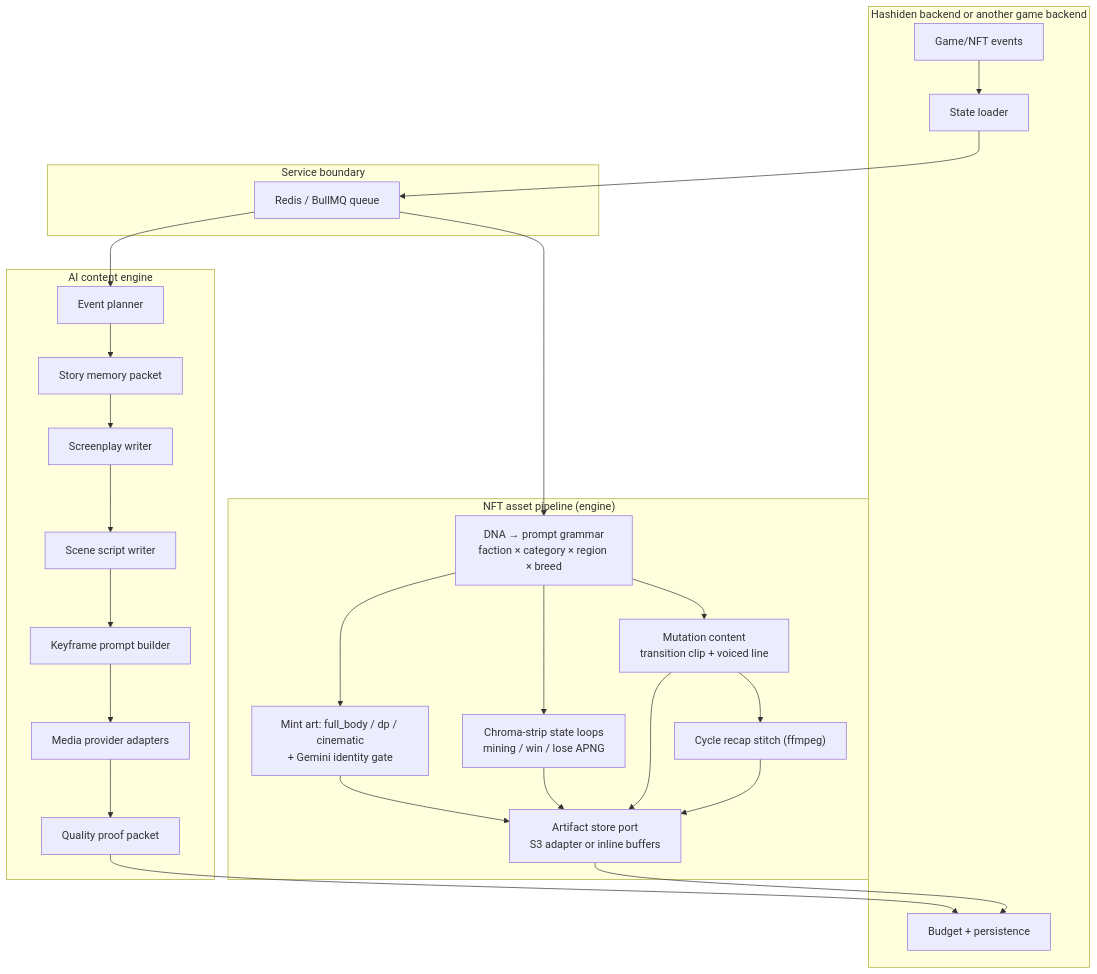
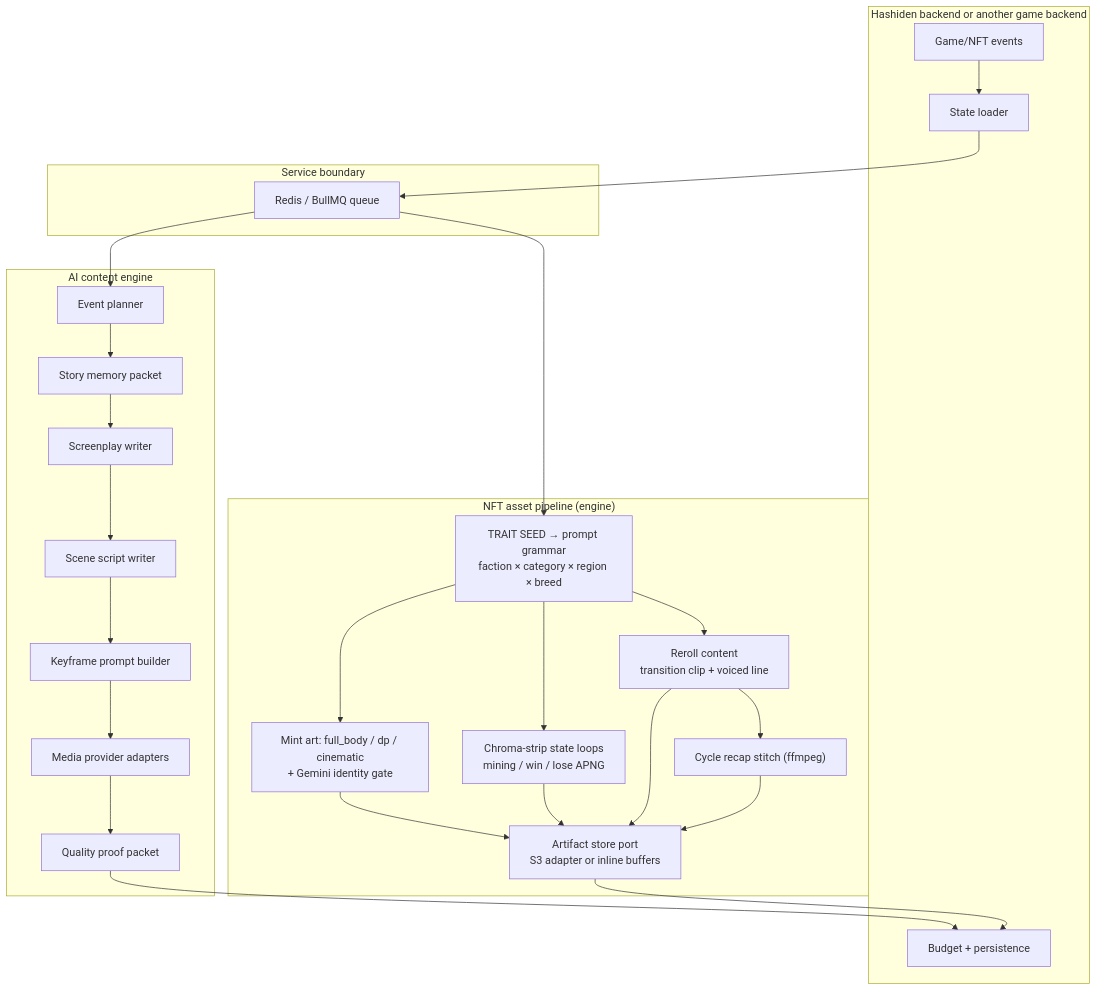
Before and after one commit to LifeOrDream/hashiden-content-engine: the diagram in docs/architecture.md, drawn with Mermaid. The commit also changed other lines of this file and 82 other files, not shown here.

````diff
--- a/docs/architecture.md
+++ b/docs/architecture.md
@@ -7,40 +7,40 @@
 ```mermaid
 flowchart TB
   subgraph Backend["Hashiden backend or another game backend"]
     A["Game/NFT events"]
     B["State loader"]
     C["Budget + persistence"]
   end
 
   subgraph Queue["Service boundary"]
     Q["Redis / BullMQ queue"]
   end
 
   subgraph Engine["AI content engine"]
     D["Event planner"]
     E["Story memory packet"]
     F["Screenplay writer"]
     G["Scene script writer"]
     H["Keyframe prompt builder"]
     I["Media provider adapters"]
     J["Quality proof packet"]
   end
 
   subgraph Nft["NFT asset pipeline (engine)"]
-    N1["DNA → prompt grammar<br/>faction × category × region × breed"]
+    N1["TRAIT SEED → prompt grammar<br/>faction × category × region × breed"]
     N2["Mint art: full_body / dp / cinematic<br/>+ Gemini identity gate"]
     N3["Chroma-strip state loops<br/>mining / win / lose APNG"]
-    N4["Mutation content<br/>transition clip + voiced line"]
+    N4["Reroll content<br/>transition clip + voiced line"]
     N5["Cycle recap stitch (ffmpeg)"]
     N6["Artifact store port<br/>S3 adapter or inline buffers"]
   end
 
   A --> B --> Q
   Q --> D --> E --> F --> G --> H --> I --> J
   J --> C
   Q --> N1 --> N2 --> N6
   N1 --> N3 --> N6
   N1 --> N4 --> N6
   N4 --> N5 --> N6
   N6 --> C
 ```
````
